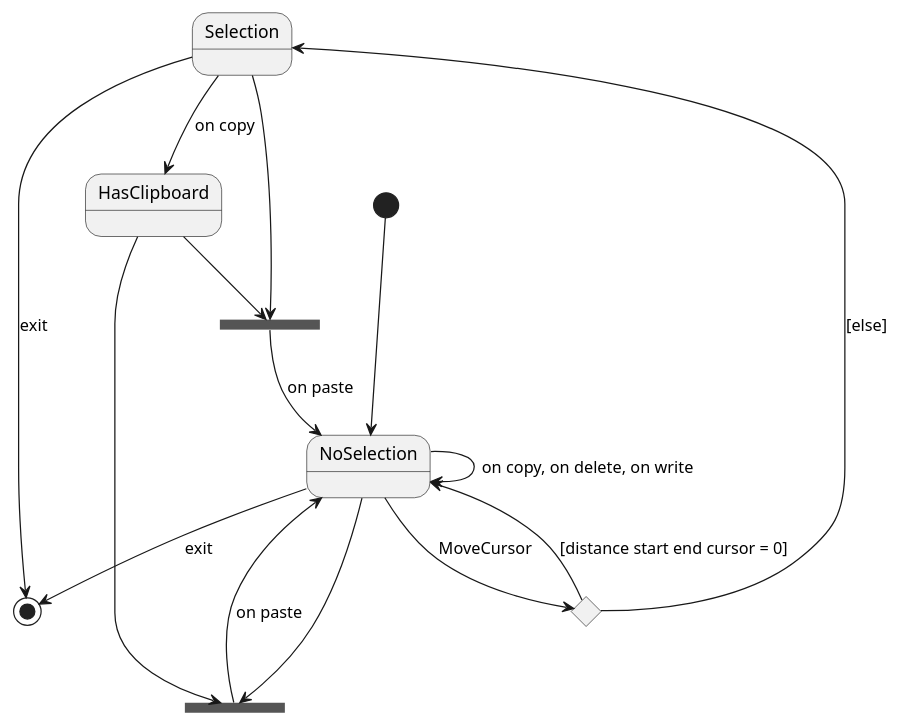
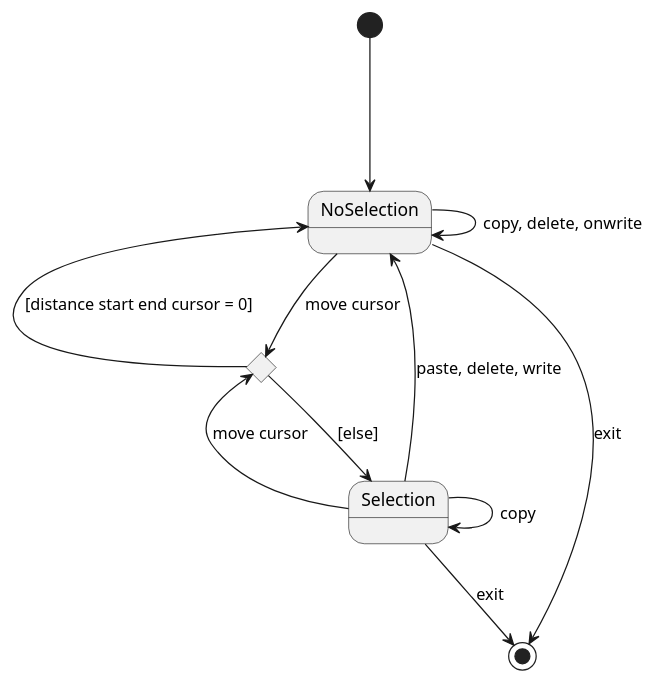
One commit to CodyAdam/another-useless-text-editor changed the third of 3 diagrams in README.md. Above: the diagram before and after it, drawn with PlantUML.

Commit message:
fix: new state diagramm

````diff
--- a/README.md
+++ b/README.md
@@ -268,33 +268,22 @@
 ```plantuml
 @startuml
     state Selection
     state NoSelection
-    state HasClipboard
 
     state isSelection <<choice>>
     [*] ---> NoSelection
 
-    NoSelection --> isSelection: MoveCursor
-    isSelection --> NoSelection: [distance start end cursor = 0]
+    Selection --> isSelection: move cursor
+    NoSelection --> isSelection: move cursor
+    NoSelection <-- isSelection : [distance start end cursor = 0]
     isSelection --> Selection: [else]
 
-    state fork1 <<fork>>
-    Selection --> fork1
-    HasClipboard --> fork1
-    fork1 --> NoSelection : on paste
 
-    NoSelection --> NoSelection : on copy, on delete, on write
+    NoSelection --> NoSelection : copy, delete, onwrite
     
-
-    state fork2 <<fork>>
-    NoSelection --> fork2
-    HasClipboard --> fork2
-    fork2 ---> NoSelection : on paste
-
-
-    Selection --> HasClipboard : on copy
-
+    Selection --> NoSelection : paste, delete, write
+    Selection --> Selection : copy
     Selection --> [*] : exit
     NoSelection --> [*] : exit
 @enduml
 ``` 
````
